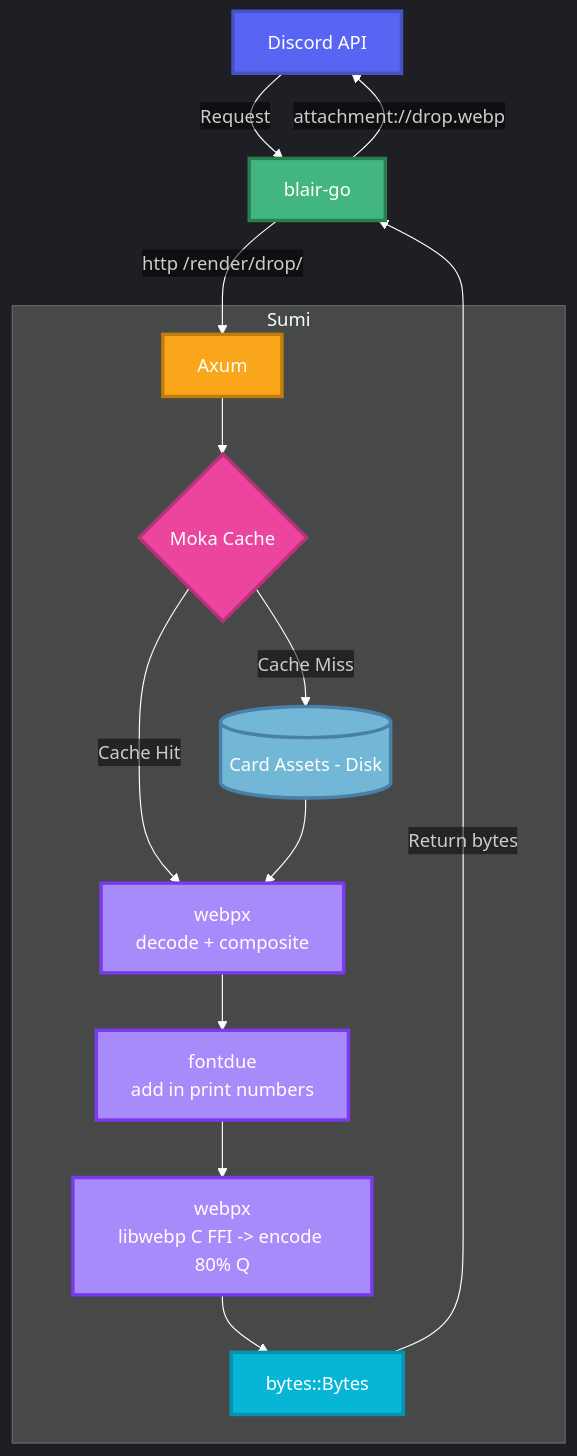
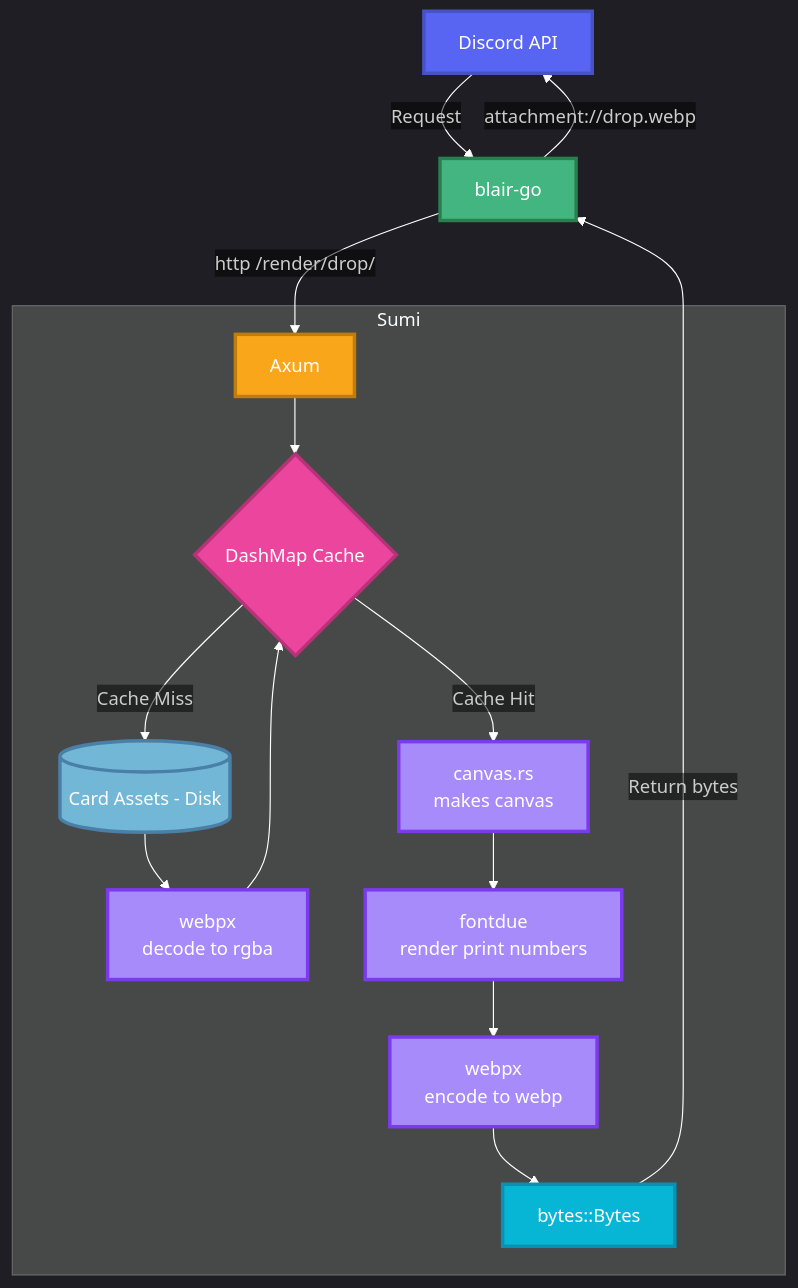
The diagram in README.md (clarinep/sumi), drawn with Mermaid before and after one commit.

Commit message:
Update cache structure in README diagram

````diff
--- a/README.md
+++ b/README.md
@@ -55,58 +55,61 @@
 ```mermaid
 ---
 config:
   theme: dark
   themeVariables:
     primaryColor: "#1E1E1E"
     primaryTextColor: "#FFFFFF"
     lineColor: "#FFFFFF"
     tertiaryTextColor: "#FFFFFF"
     edgeLabelBackground: "transparent"
   padding: 30
 ---
 graph TD
     DiscordAPI[Discord API]
     BlairGo[blair-go]
     Sumi[Axum]
-    MokaCache{Moka Cache}
+    CardCache{DashMap Cache}
     CardAssets[(Card Assets - Disk)]
-    ImageCrate[webpx<br/>decode + composite]
-    Fontdue[fontdue<br/>add in print numbers]
-    Webpx[webpx<br/>libwebp C FFI -> encode 80% Q]
+    WebpxDecode[webpx<br/>decode to rgba]
+    CanvasComposite[canvas.rs<br/>makes canvas]
+    Fontdue[fontdue<br/>render print numbers]
+    WebpxEncode[webpx<br/>encode to webp]
     BytesOutput[bytes::Bytes]
 
     DiscordAPI -->|Request| BlairGo
     BlairGo -->|http /render/drop/| Sumi
 
     subgraph SumiRenderer["Sumi"]
-        Sumi --> MokaCache
-        MokaCache -->|Cache Miss| CardAssets
-        MokaCache -->|Cache Hit| ImageCrate
-        CardAssets --> ImageCrate
-        ImageCrate --> Fontdue
-        Fontdue --> Webpx
-        Webpx --> BytesOutput
+        Sumi --> CardCache
+        CardCache -->|Cache Miss| CardAssets
+        CardAssets --> WebpxDecode
+        WebpxDecode --> CardCache
+        CardCache -->|Cache Hit| CanvasComposite
+        CanvasComposite --> Fontdue
+        Fontdue --> WebpxEncode
+        WebpxEncode --> BytesOutput
     end
 
     BytesOutput -->|Return bytes| BlairGo
     BlairGo -->|attachment://drop.webp| DiscordAPI
 
     classDef discord fill:#5865F2,stroke:#4752C4,color:#fff,stroke-width:3px
     classDef bot fill:#43B581,stroke:#2A7F4E,color:#fff,stroke-width:3px
     classDef service fill:#FAA61A,stroke:#C17D0A,color:#fff,stroke-width:3px
     classDef cache fill:#EB459E,stroke:#B83279,color:#fff,stroke-width:3px
     classDef decision fill:#EB459E,stroke:#B83279,color:#fff,stroke-width:3px
     classDef storage fill:#72B7D6,stroke:#4A7FA7,color:#fff,stroke-width:3px
     classDef processing fill:#A78BFA,stroke:#7C3AED,color:#fff,stroke-width:3px
     classDef output fill:#06B6D4,stroke:#0891B2,color:#fff,stroke-width:3px
 
     class DiscordAPI discord
     class BlairGo bot
     class Sumi service
-    class MokaCache decision
+    class CardCache decision
     class CardAssets storage
-    class ImageCrate processing
+    class WebpxDecode processing
+    class CanvasComposite processing
     class Fontdue processing
-    class Webpx processing
+    class WebpxEncode processing
     class BytesOutput output
- ``` 
+ ```
````
